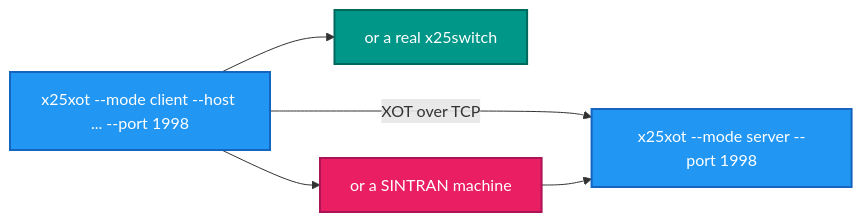
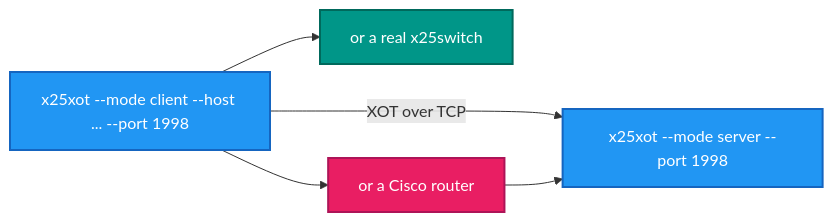
Before and after one commit to RetroCoreLabs/RetroX25: the first of 2 diagrams in src/RetroX25.Xot/README.md, drawn with Mermaid. The commit also changed other lines of this file and 19 other files, not shown here.

````diff
--- a/src/RetroX25.Xot/README.md
+++ b/src/RetroX25.Xot/README.md
@@ -58,20 +50,20 @@
 ```mermaid
 flowchart LR
     S["x25xot --mode server --port 1998"]
     C["x25xot --mode client --host ... --port 1998"]
     SW["or a real x25switch"]
-    ND["or a SINTRAN machine"]
+    RT["or a Cisco router"]
 
     C -->|"XOT over TCP"| S
     C --> SW
-    C --> ND
-    ND --> S
+    C --> RT
+    RT --> S
 
     classDef tool fill:#2196F3,stroke:#1565C0,stroke-width:2px,color:#fff
     classDef core fill:#009688,stroke:#00695C,stroke-width:2px,color:#fff
     classDef ext  fill:#E91E63,stroke:#AD1457,stroke-width:2px,color:#fff
 
     class S,C tool
     class SW core
-    class ND ext
+    class RT ext
 ```
````
